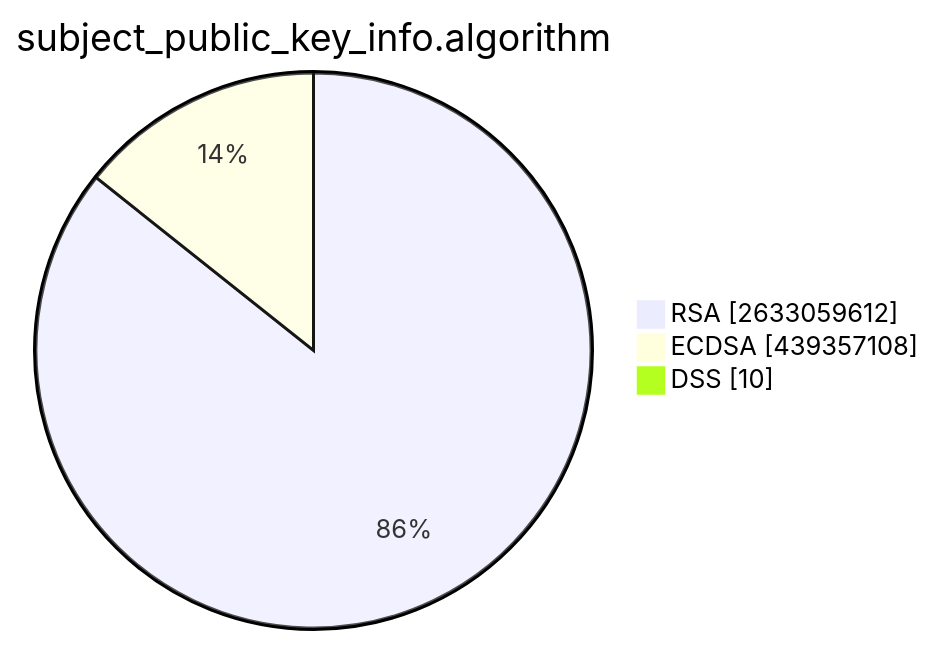
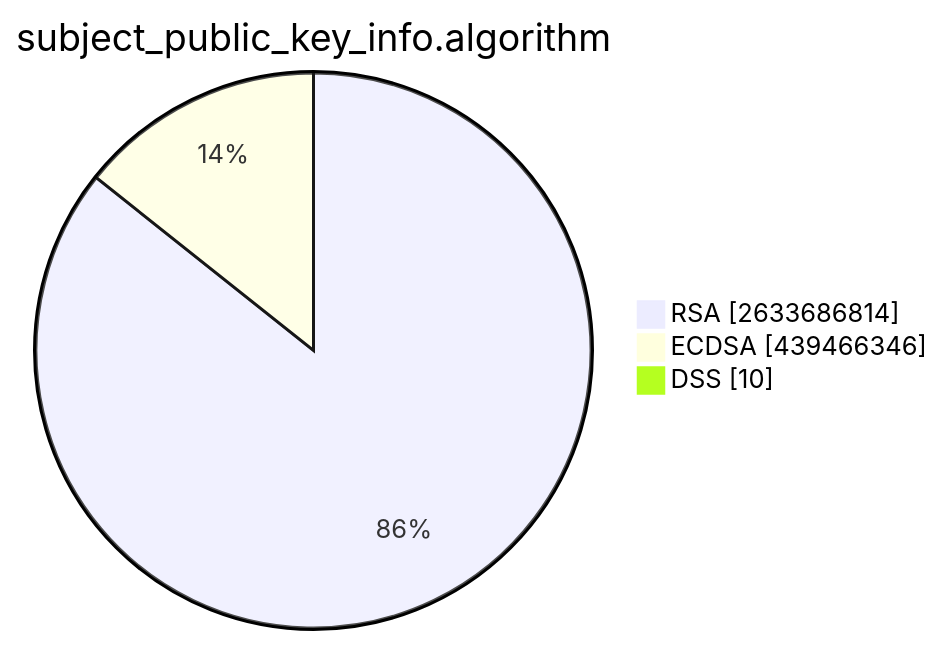
One commit to christiankrug/ctmonitor_visualization changed the second of 15 diagrams in TOTAL/README.md. Above: the diagram before and after it, drawn with Mermaid. The commit also changed other lines of this file, not shown here.

````diff
--- a/TOTAL/README.md
+++ b/TOTAL/README.md
@@ -6,7 +6,7 @@
 ```mermaid
 pie showData
 title subject_public_key_info.algorithm
-"RSA" :2633059612
-"ECDSA" :439357108
+"RSA" :2633686814
+"ECDSA" :439466346
 "DSS" :10
 ```
````
